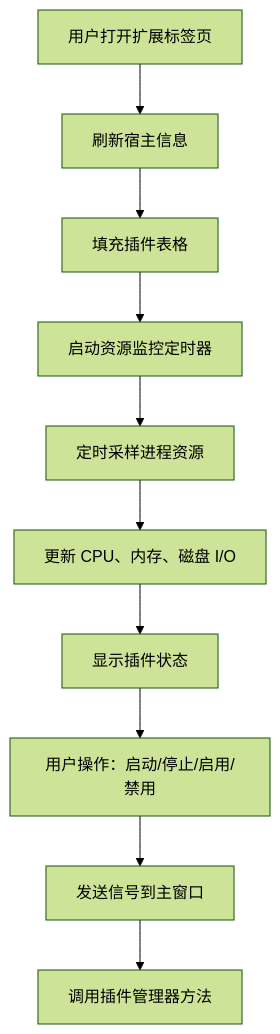
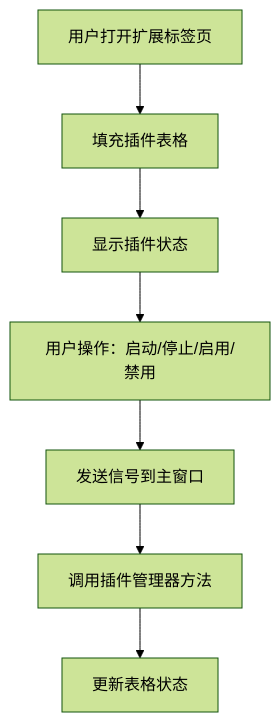
One commit to jakecai1225-design/OpenBus changed the ninth of 10 diagrams in .qoder/repowiki/zh/content/架构设计/插件系统架构/扩展面板系统.md. Above: the diagram before and after it, drawn with Mermaid (forest theme). The commit also changed other lines of this file and 57 other files, not shown here.

````diff
--- a/.qoder/repowiki/zh/content/架构设计/插件系统架构/扩展面板系统.md
+++ b/.qoder/repowiki/zh/content/架构设计/插件系统架构/扩展面板系统.md
@@ -416,12 +416,9 @@
 ```mermaid
 flowchart TD
-A["用户打开扩展标签页"] --> B["刷新宿主信息"]
-B --> C["填充插件表格"]
-C --> D["启动资源监控定时器"]
-D --> E["定时采样进程资源"]
-E --> F["更新 CPU、内存、磁盘 I/O"]
-F --> G["显示插件状态"]
-G --> H["用户操作：启动/停止/启用/禁用"]
-H --> I["发送信号到主窗口"]
-I --> J["调用插件管理器方法"]
+A["用户打开扩展标签页"] --> B["填充插件表格"]
+B --> C["显示插件状态"]
+C --> D["用户操作：启动/停止/启用/禁用"]
+D --> E["发送信号到主窗口"]
+E --> F["调用插件管理器方法"]
+F --> G["更新表格状态"]
 ```
````
